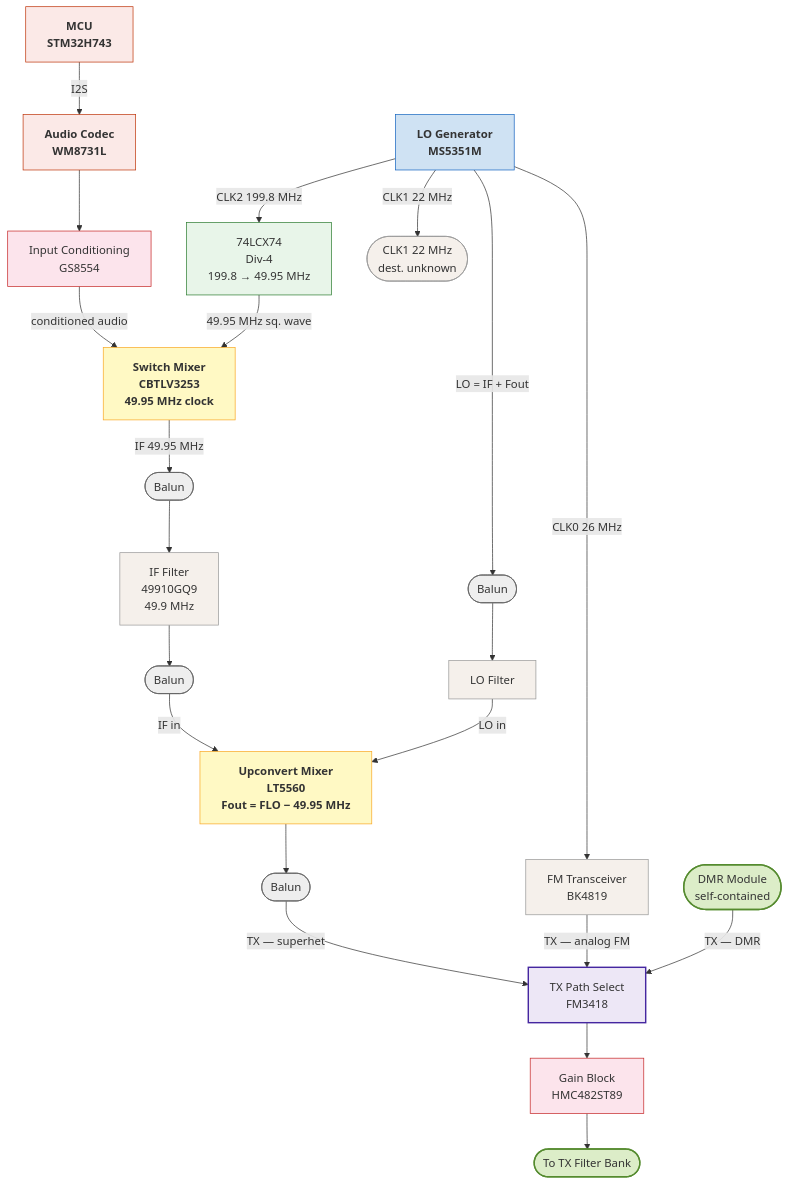
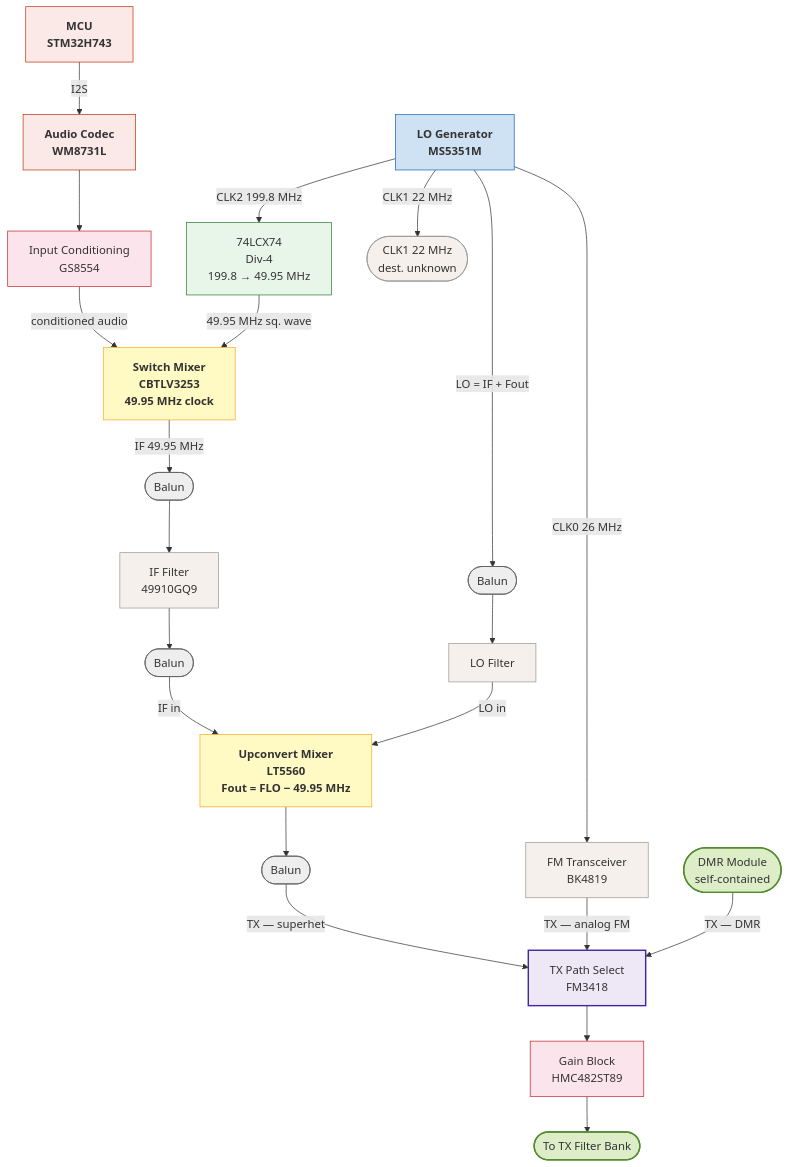
Before and after one commit to aramder/aramder.github.io: the second of 4 diagrams in misadventures/_posts/2026-2-27-PMR-171-Teardown.md, drawn with Mermaid.

Commit message:
fix: remove unnecessary frequency detail from IF Filter description in PMR-171 teardown

````diff
--- a/misadventures/_posts/2026-2-27-PMR-171-Teardown.md
+++ b/misadventures/_posts/2026-2-27-PMR-171-Teardown.md
@@ -214,43 +214,43 @@
 ```mermaid
 graph TD
     classDef lo fill:#cfe2f3,stroke:#1565c0,color:#333,font-weight:bold
     classDef rf fill:#f5f0eb,stroke:#999,color:#333
     classDef mixer fill:#fff9c4,stroke:#f9a825,color:#333,font-weight:bold
     classDef amp fill:#fce4ec,stroke:#c62828,color:#333
     classDef conn fill:#dcedc8,stroke:#558b2f,color:#333,stroke-width:2px
     classDef sw fill:#ede7f6,stroke:#4527a0,color:#333,stroke-width:2px
     classDef pass fill:#eeeeee,stroke:#616161,color:#333
     classDef div fill:#e8f5e9,stroke:#2e7d32,color:#333
     classDef dsp fill:#fbe9e7,stroke:#bf360c,color:#333,font-weight:bold
 
     MCU["MCU<br/>STM32H743"]:::dsp
     WM8731L["Audio Codec<br/>WM8731L"]:::dsp
     GS8554["Input Conditioning<br/>GS8554"]:::amp
     MUX["Switch Mixer<br/>CBTLV3253<br/>49.95 MHz clock"]:::mixer
     BAL1(["Balun"]):::pass
-    FILTER1["IF Filter<br/>49910GQ9<br/>49.9 MHz"]:::rf
+    FILTER1["IF Filter<br/>49910GQ9"]:::rf
     BAL2(["Balun"]):::pass
     LT5560["Upconvert Mixer<br/>LT5560<br/>Fout = FLO − 49.95 MHz"]:::mixer
     BAL3(["Balun"]):::pass
     FMSWITCH["TX Path Select<br/>FM3418"]:::sw
     HMC482["Gain Block<br/>HMC482ST89"]:::amp
     TXFILT(["To TX Filter Bank"]):::conn
 
     MS5351M["LO Generator<br/>MS5351M"]:::lo
     FLIPFLOP["74LCX74<br/>Div-4<br/>199.8 → 49.95 MHz"]:::div
     BK4819S["FM Transceiver<br/>BK4819"]:::rf
     LOBA(["Balun"]):::pass
     LOFILT["LO Filter"]:::rf
     DMRMOD(["DMR Module<br/>self-contained"]):::conn
     UNK(["CLK1 22 MHz<br/>dest. unknown"]):::rf
 
     MCU -->|"I2S"| WM8731L --> GS8554 -->|"conditioned audio"| MUX
     MUX -->|"IF 49.95 MHz"| BAL1 --> FILTER1 --> BAL2 -->|"IF in"| LT5560
     LT5560 --> BAL3 -->|"TX — superhet"| FMSWITCH --> HMC482 --> TXFILT
 
     MS5351M -->|"CLK0 26 MHz"| BK4819S -->|"TX — analog FM"| FMSWITCH
     MS5351M -->|"CLK1 22 MHz"| UNK
     MS5351M -->|"CLK2 199.8 MHz"| FLIPFLOP -->|"49.95 MHz sq. wave"| MUX
     MS5351M -->|"LO = IF + Fout"| LOBA --> LOFILT -->|"LO in"| LT5560
     DMRMOD -->|"TX — DMR"| FMSWITCH
 ```
````
